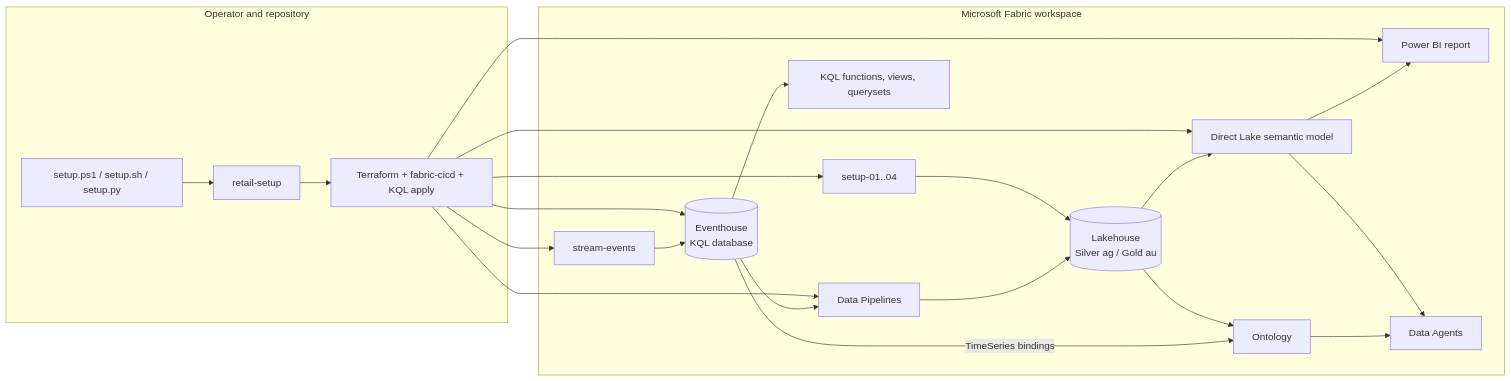
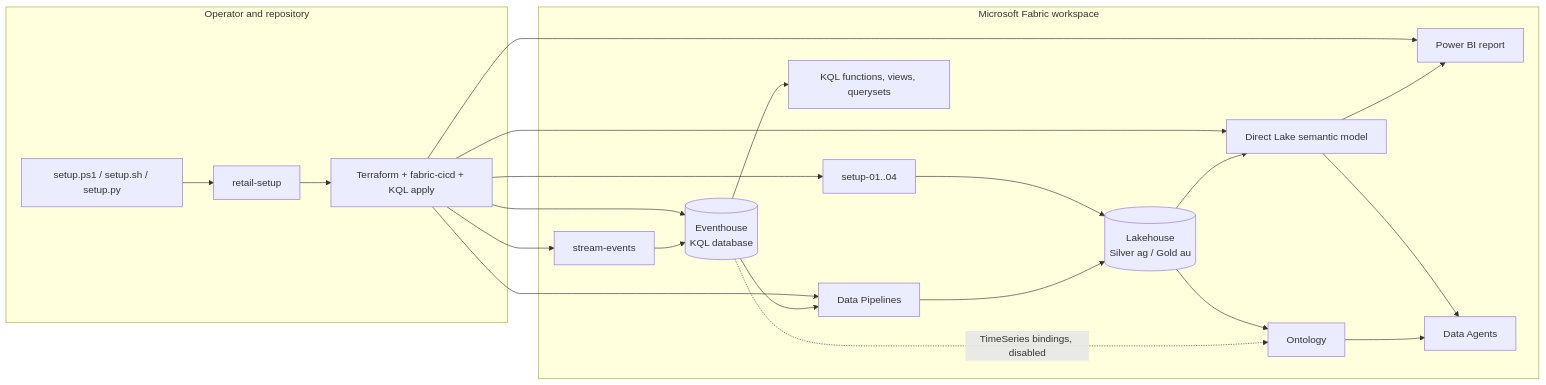
The diagram in docs/design/architecture/overview.md (amattas/retail-demo), drawn with Mermaid before and after one commit. The commit also changed 16 other files, not shown here.

````diff
--- a/docs/design/architecture/overview.md
+++ b/docs/design/architecture/overview.md
@@ -11,37 +11,37 @@
 ```mermaid
 flowchart LR
     subgraph Local[Operator and repository]
         Setup[setup.ps1 / setup.sh / setup.py]
         CLI[retail-setup]
         Deploy[Terraform + fabric-cicd + KQL apply]
     end
 
     subgraph Fabric[Microsoft Fabric workspace]
         SetupNB[setup-01..04]
         Stream[stream-events]
         Lake[(Lakehouse<br/>Silver ag / Gold au)]
         Event[(Eventhouse<br/>KQL database)]
         KQL[KQL functions, views, querysets]
         Pipes[Data Pipelines]
         Model[Direct Lake semantic model]
         Report[Power BI report]
         Ontology[Ontology]
         Agents[Data Agents]
     end
 
     Setup --> CLI --> Deploy
     Deploy --> SetupNB
     Deploy --> Stream
     Deploy --> Event
     Deploy --> Pipes
     Deploy --> Model
     Deploy --> Report
     SetupNB --> Lake
     Stream --> Event --> KQL
     Event --> Pipes --> Lake
     Lake --> Model --> Report
     Lake --> Ontology
-    Event -->|TimeSeries bindings| Ontology
+    Event -.->|TimeSeries bindings, disabled| Ontology
     Model --> Agents
     Ontology --> Agents
 ```
````
